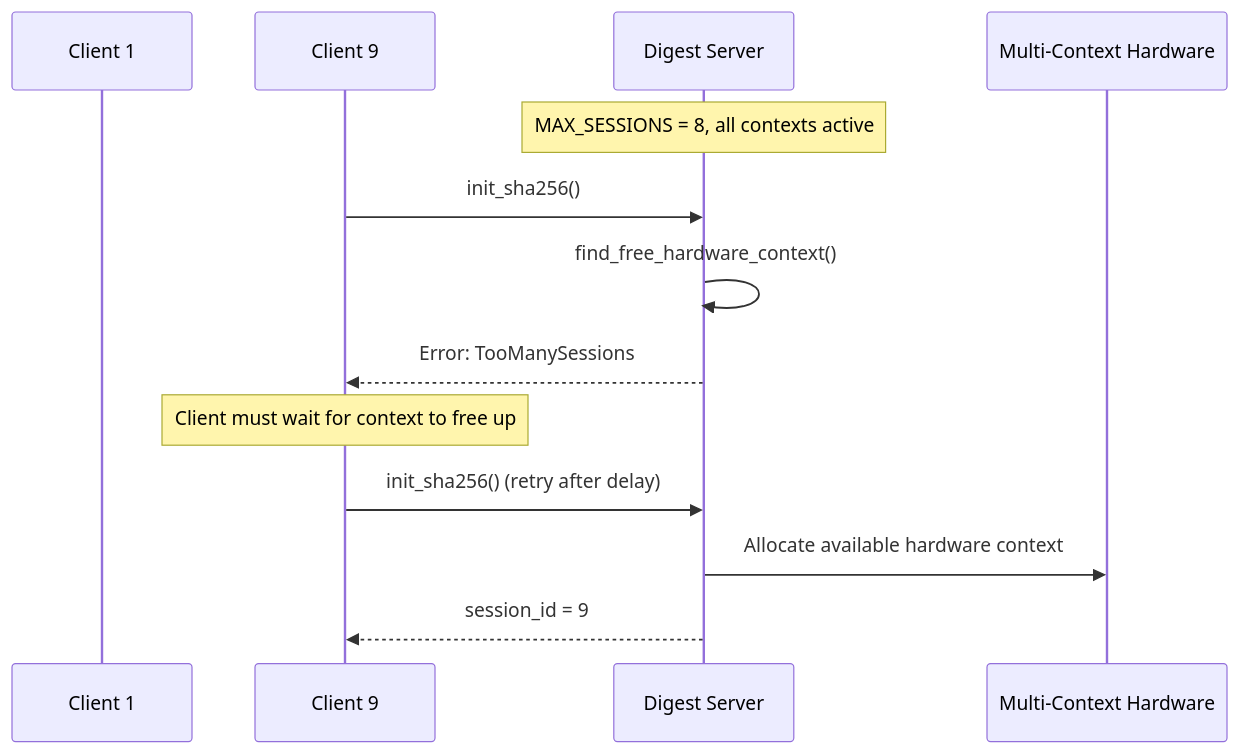
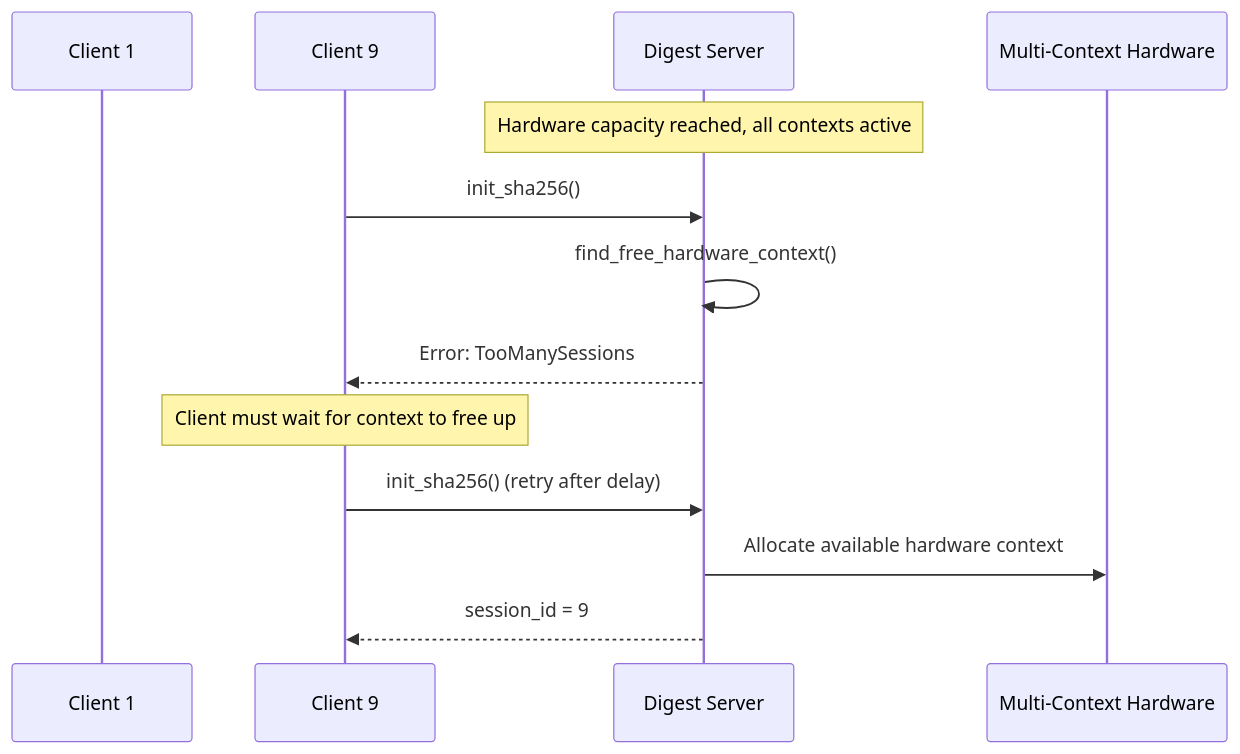
Before and after one commit to rusty1968/openprot: the sixth of 17 diagrams in docs/src/hash-driver-hubris.md, drawn with Mermaid. The commit also changed other lines of this file and 1 other file, not shown here.

````diff
--- a/docs/src/hash-driver-hubris.md
+++ b/docs/src/hash-driver-hubris.md
@@ -748,18 +761,18 @@
 ```mermaid
 sequenceDiagram
     participant S1 as Client 1
     participant S2 as Client 9
     participant DS as Digest Server
     participant HW as Multi-Context Hardware
 
-    Note over DS: MAX_SESSIONS = 8, all contexts active
+    Note over DS: Hardware capacity reached, all contexts active
     
     S2->>DS: init_sha256()
     DS->>DS: find_free_hardware_context()
     DS-->>S2: Error: TooManySessions
     
     Note over S2: Client must wait for context to free up
     S2->>DS: init_sha256() (retry after delay)
     DS->>HW: Allocate available hardware context
     DS-->>S2: session_id = 9
 ```
````
